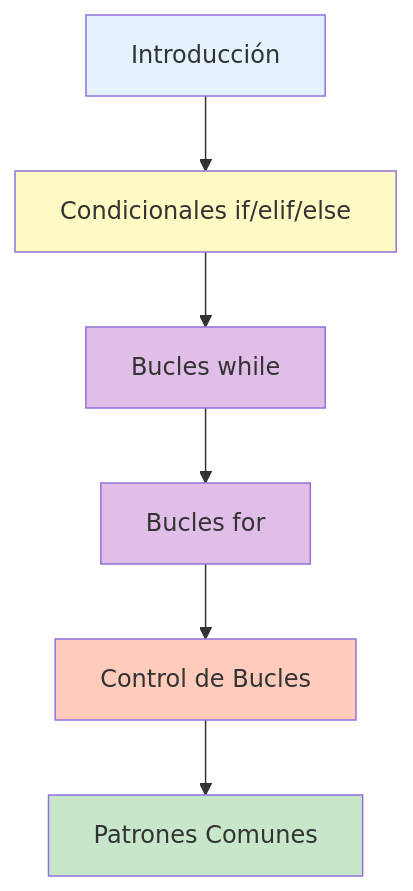
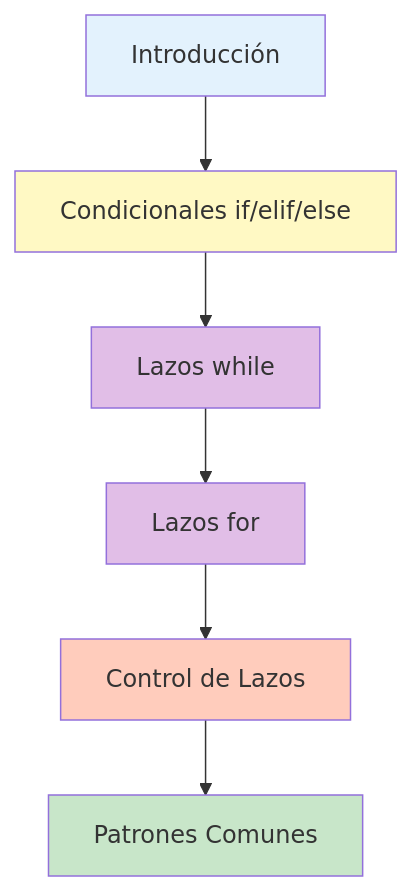
One commit to INGCOM-UNRN/apunte-ingreso changed the first of 9 diagrams in 2_control_flujo.md. Above: the diagram before and after it, drawn with Mermaid. The commit also changed other lines of this file, not shown here.

````diff
--- a/2_control_flujo.md
+++ b/2_control_flujo.md
@@ -15,15 +15,15 @@
 ```{mermaid}
 graph TD
     A[Introducción] --> B[Condicionales if/elif/else]
-    B --> C[Bucles while]
-    C --> D[Bucles for]
-    D --> E[Control de Bucles]
+    B --> C[Lazos while]
+    C --> D[Lazos for]
+    D --> E[Control de Lazos]
     E --> F[Patrones Comunes]
     
     style A fill:#e3f2fd
     style B fill:#fff9c4
     style C fill:#e1bee7
     style D fill:#e1bee7
     style E fill:#ffccbc
     style F fill:#c8e6c9
 ```
````
